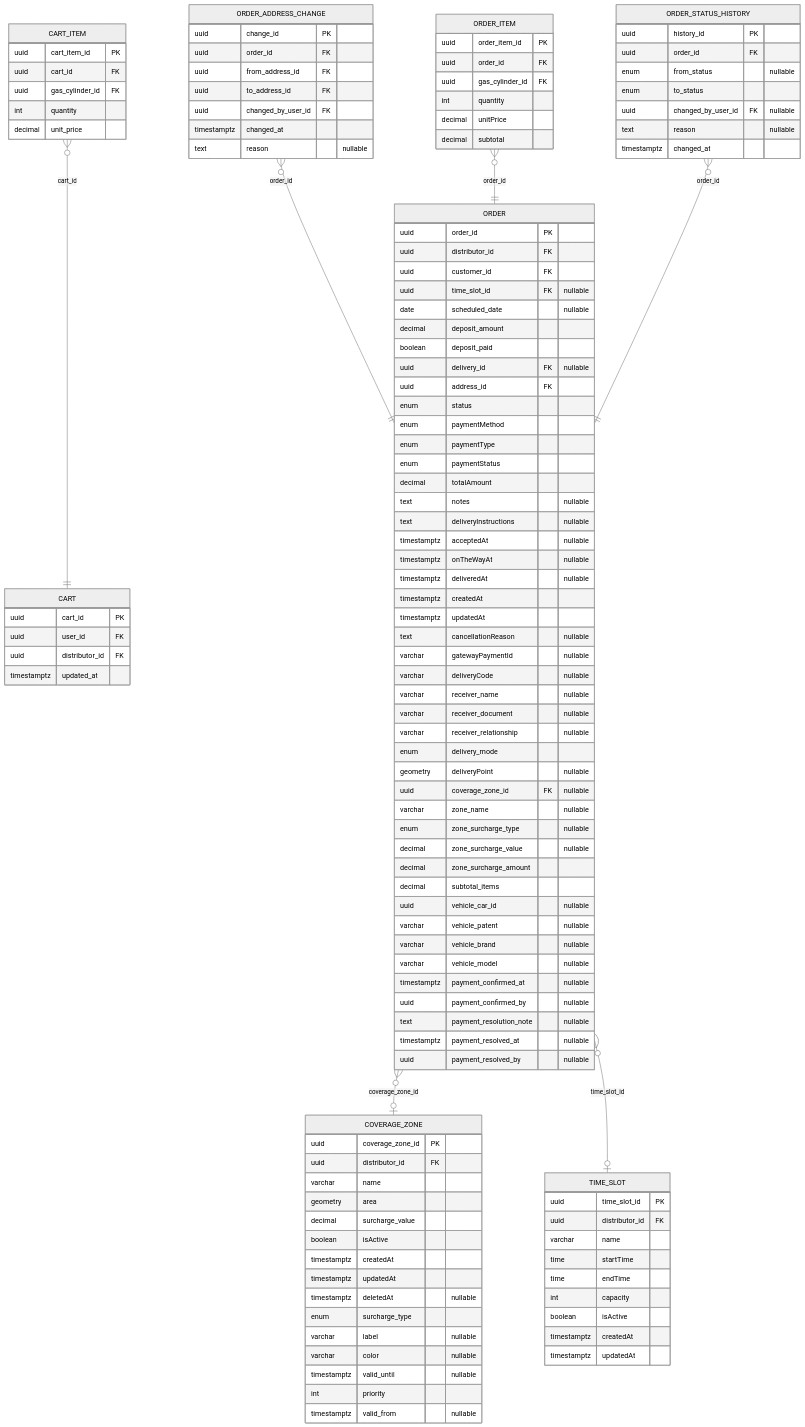
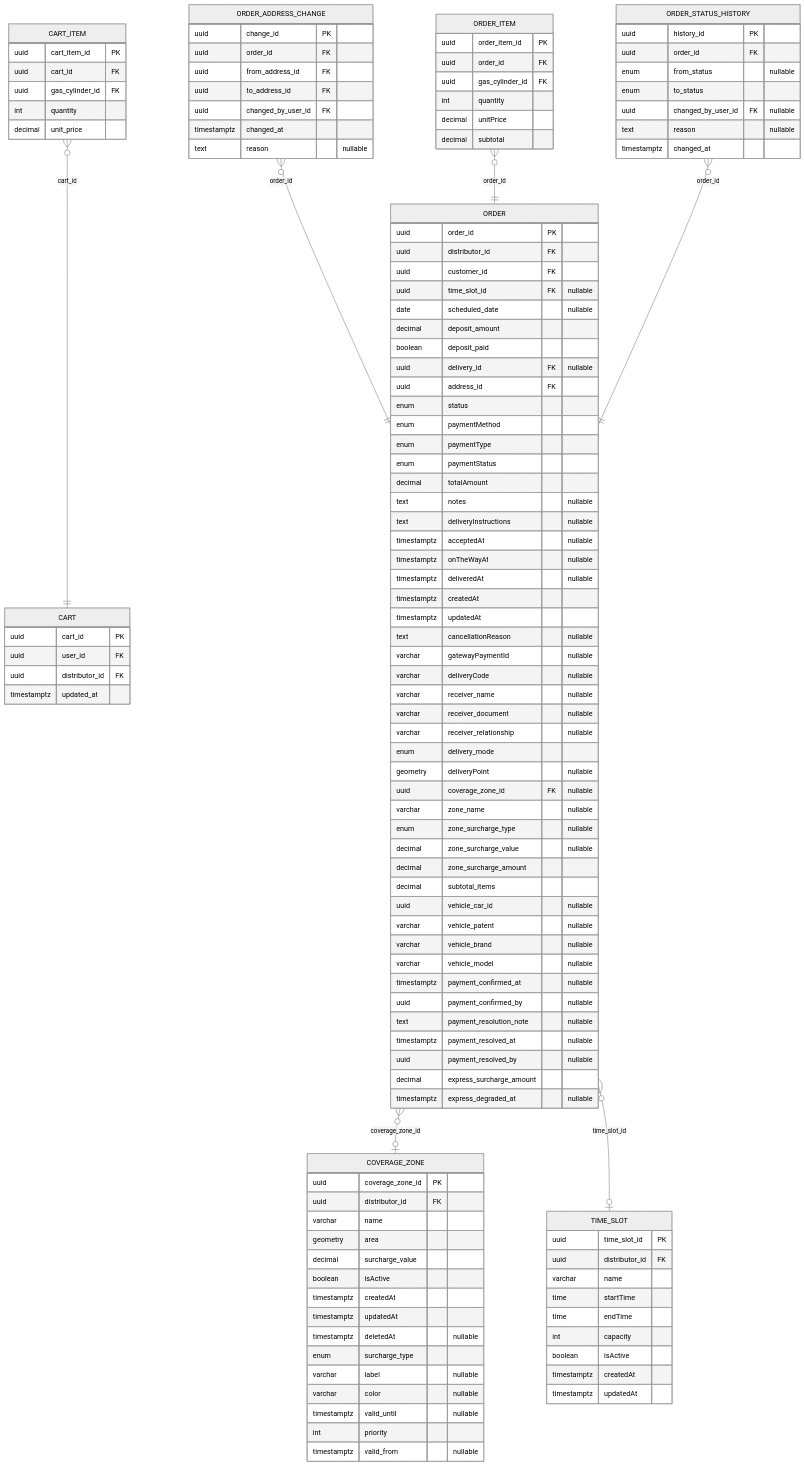
The fourth of 15 diagrams in diagramas/base-de-datos/SPLG-der-mermaid.md (Nahuelito-Dev/splg-docs), drawn with Mermaid (neutral theme) before and after one commit. The commit also changed other lines of this file and 432 other files, not shown here.

```diff
--- a/diagramas/base-de-datos/SPLG-der-mermaid.md
+++ b/diagramas/base-de-datos/SPLG-der-mermaid.md
@@ -351,6 +351,8 @@
         text payment_resolution_note "nullable"
         timestamptz payment_resolved_at "nullable"
         uuid payment_resolved_by "nullable"
+        decimal express_surcharge_amount
+        timestamptz express_degraded_at "nullable"
     }
     ORDER_ADDRESS_CHANGE {
         uuid change_id PK
```
